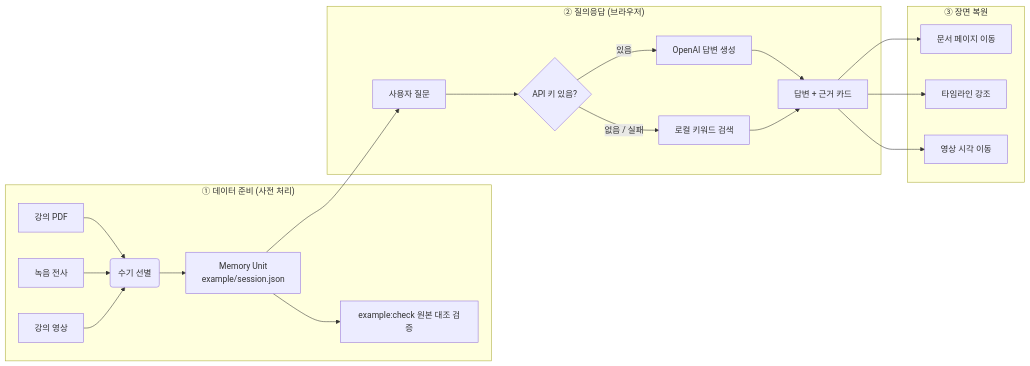
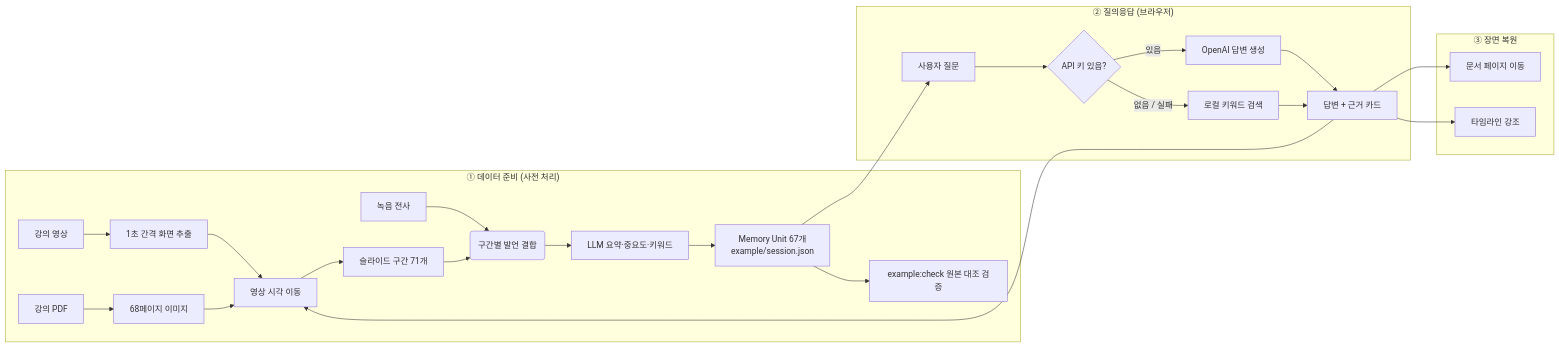
One commit to nxtcloud-edu/2026-khuniv-NIC-team08 changed the diagram in README.md. Above: the diagram before and after it, drawn with Mermaid. The commit also changed other lines of this file and 234 other files, not shown here.

````diff
--- a/README.md
+++ b/README.md
@@ -162,26 +172,31 @@
 ```mermaid
 flowchart LR
     subgraph P1["① 데이터 준비 (사전 처리)"]
-        A1[강의 PDF] --> H(수기 선별)
-        A2[녹음 전사] --> H
-        A3[강의 영상] --> H
-        H --> B["Memory Unit<br/>example/session.json"]
+        A3[강의 영상] --> F[1초 간격 화면 추출]
+        A1[강의 PDF] --> X[68페이지 이미지]
+        F --> M{{이미지 매칭}}
+        X --> M
+        M --> S[슬라이드 구간 71개]
+        A2[녹음 전사] --> J(구간별 발언 결합)
+        S --> J
+        J --> G1[LLM 요약·중요도·키워드]
+        G1 --> B["Memory Unit 67개<br/>example/session.json"]
         B --> C[example:check 원본 대조 검증]
     end
 
     subgraph P2["② 질의응답 (브라우저)"]
         Q[사용자 질문] --> R{"API 키 있음?"}
         R -- "있음" --> G[OpenAI 답변 생성]
         R -- "없음 / 실패" --> L[로컬 키워드 검색]
         G --> E[답변 + 근거 카드]
         L --> E
     end
 
     subgraph P3["③ 장면 복원"]
         E --> V[문서 페이지 이동]
         E --> T[타임라인 강조]
         E --> M[영상 시각 이동]
     end
 
     B --> Q
 ```
````
